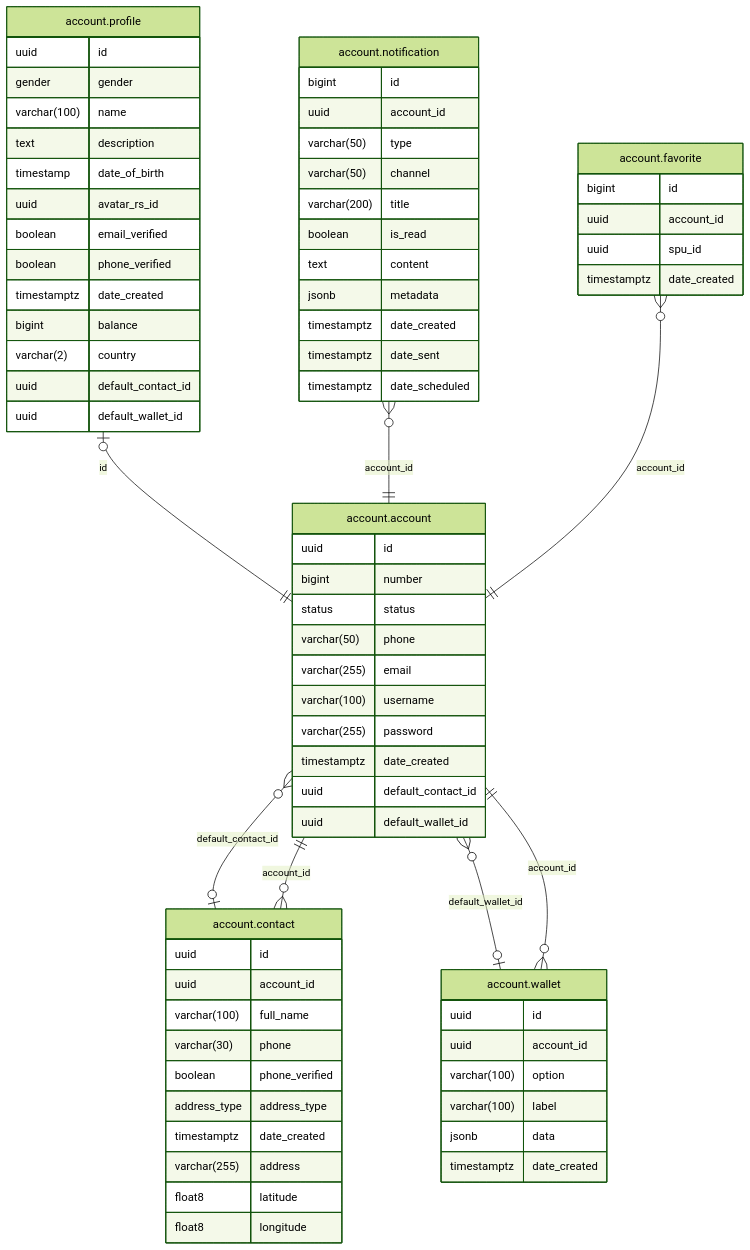
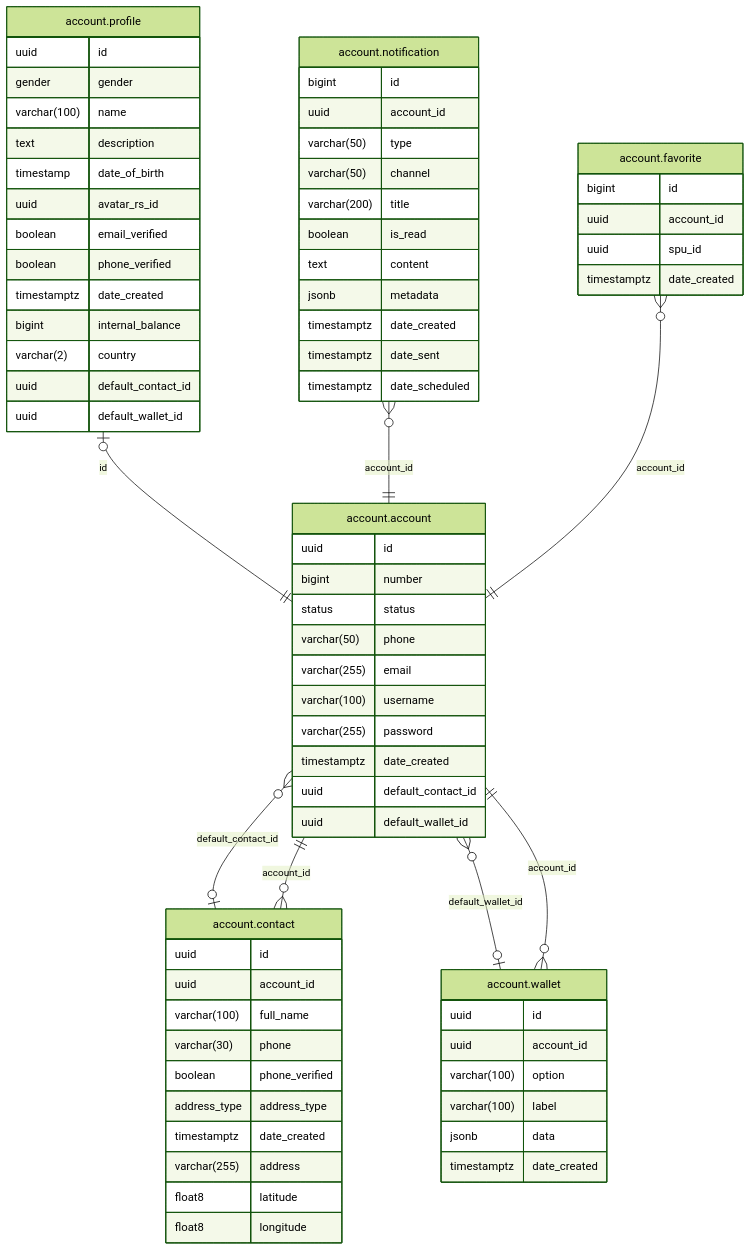
Before and after one commit to shopnexus/shopnexus-server: the diagram in internal/module/account/README.md, drawn with Mermaid (forest theme). The commit also changed other lines of this file and 9 other files, not shown here.

Commit message:
extract conventions to assets/ and refresh module ER diagrams

````diff
--- a/internal/module/account/README.md
+++ b/internal/module/account/README.md
@@ -10,77 +8,77 @@
 ```mermaid
 erDiagram
 "account.account" }o--|o "account.contact" : "default_contact_id"
 "account.account" }o--|o "account.wallet" : "default_wallet_id"
 "account.contact" }o--|| "account.account" : "account_id"
 "account.profile" |o--|| "account.account" : "id"
 "account.notification" }o--|| "account.account" : "account_id"
 "account.favorite" }o--|| "account.account" : "account_id"
 "account.wallet" }o--|| "account.account" : "account_id"
 
 "account.account" {
   uuid id
   bigint number
   status status
   varchar(50) phone
   varchar(255) email
   varchar(100) username
   varchar(255) password
   timestamptz date_created
   uuid default_contact_id
   uuid default_wallet_id
 }
 "account.contact" {
   uuid id
   uuid account_id
   varchar(100) full_name
   varchar(30) phone
   boolean phone_verified
   address_type address_type
   timestamptz date_created
   varchar(255) address
   float8 latitude
   float8 longitude
 }
 "account.favorite" {
   bigint id
   uuid account_id
   uuid spu_id
   timestamptz date_created
 }
 "account.notification" {
   bigint id
   uuid account_id
   varchar(50) type
   varchar(50) channel
   varchar(200) title
   boolean is_read
   text content
   jsonb metadata
   timestamptz date_created
   timestamptz date_sent
   timestamptz date_scheduled
 }
 "account.profile" {
   uuid id
   gender gender
   varchar(100) name
   text description
   timestamp date_of_birth
   uuid avatar_rs_id
   boolean email_verified
   boolean phone_verified
   timestamptz date_created
-  bigint balance
+  bigint internal_balance
   varchar(2) country
   uuid default_contact_id
   uuid default_wallet_id
 }
 "account.wallet" {
   uuid id
   uuid account_id
   varchar(100) option
   varchar(100) label
   jsonb data
   timestamptz date_created
 }
 ```
````
